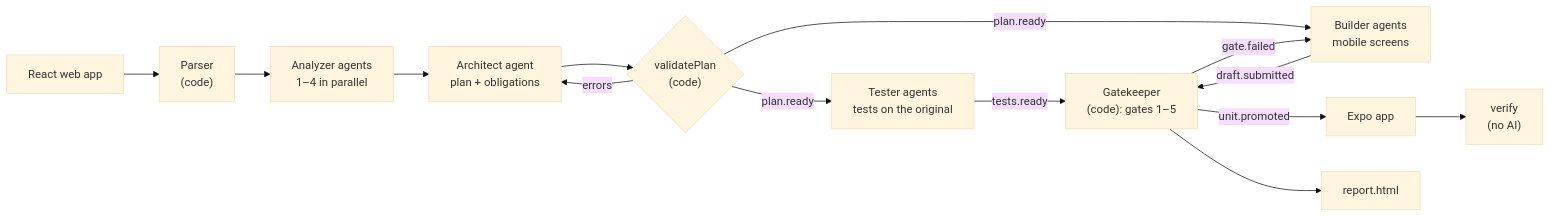
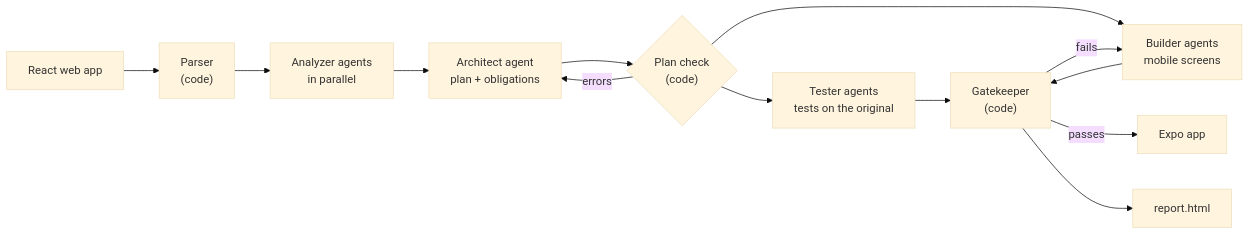
The diagram in README.md (milicaantic/wemora), drawn with Mermaid (base theme) before and after one commit. The commit also changed other lines of this file and 3 other files, not shown here.

````diff
--- a/README.md
+++ b/README.md
@@ -42,16 +148,15 @@
 ```mermaid
 flowchart LR
   web["React web app"] --> parse["Parser<br/>(code)"]
-  parse --> analyzers["Analyzer agents<br/>1–4 in parallel"]
+  parse --> analyzers["Analyzer agents<br/>in parallel"]
   analyzers --> architect["Architect agent<br/>plan + obligations"]
-  architect --> validate{"validatePlan<br/>(code)"}
-  validate -- errors --> architect
-  validate -- plan.ready --> testers["Tester agents<br/>tests on the original"]
-  validate -- plan.ready --> builders["Builder agents<br/>mobile screens"]
-  testers -- tests.ready --> gate["Gatekeeper<br/>(code): gates 1–5"]
-  builders -- draft.submitted --> gate
-  gate -- gate.failed --> builders
-  gate -- unit.promoted --> app["Expo app"]
+  architect --> check{"Plan check<br/>(code)"}
+  check -- errors --> architect
+  check --> testers["Tester agents<br/>tests on the original"]
+  check --> builders["Builder agents<br/>mobile screens"]
+  testers --> gate["Gatekeeper<br/>(code)"]
+  builders --> gate
+  gate -- fails --> builders
+  gate -- passes --> app["Expo app"]
   gate --> report["report.html"]
-  app --> verify["verify<br/>(no AI)"]
 ```
````
